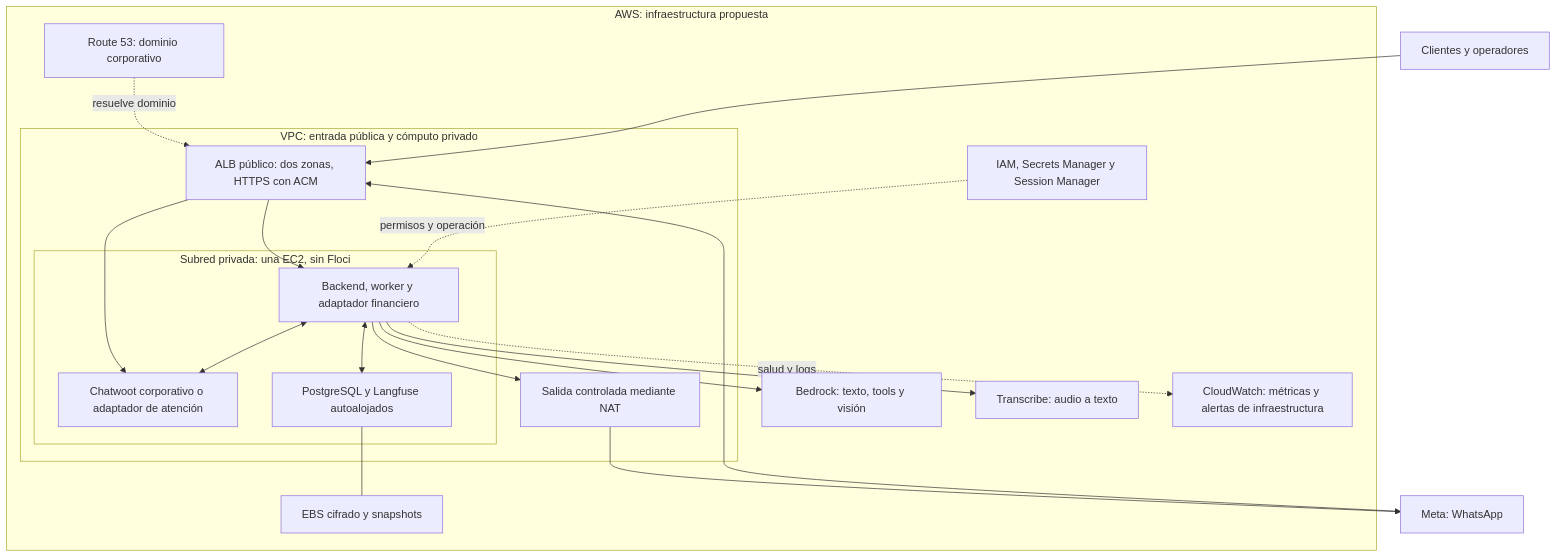
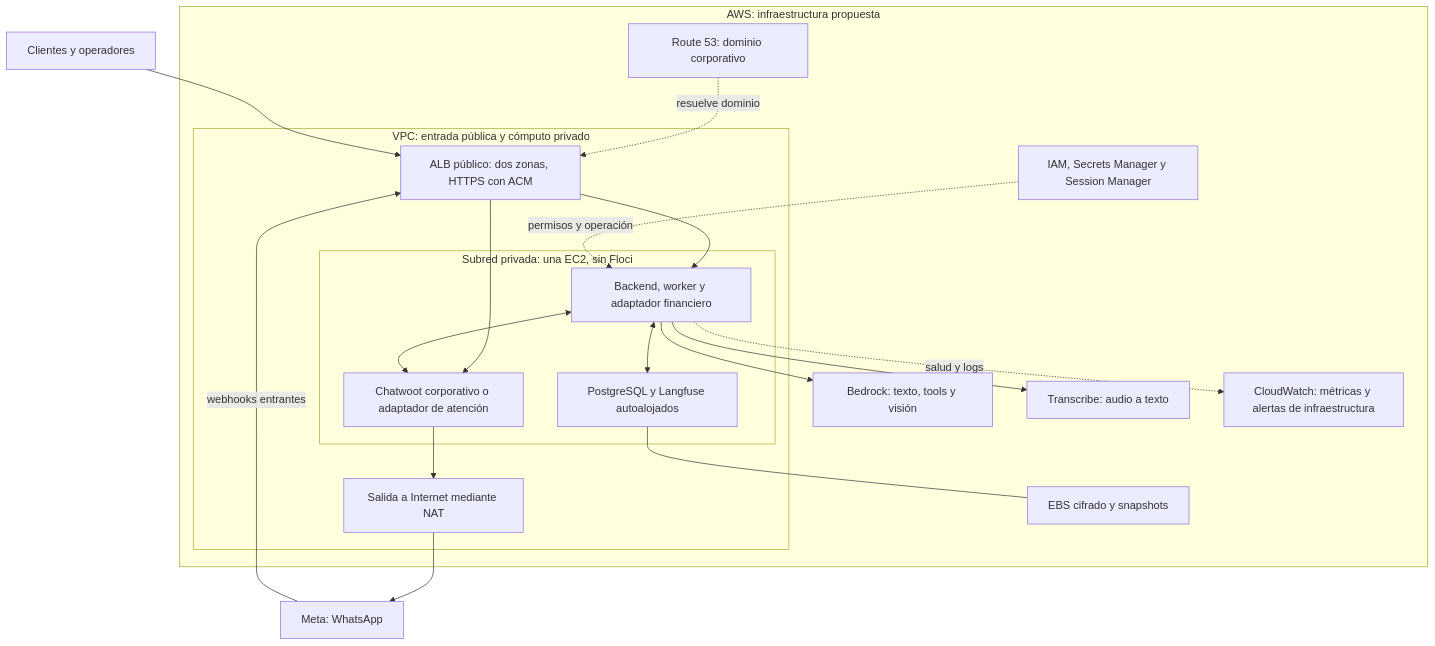
The eighth of 8 diagrams in docs/arquitectura.md (cristiandrangel/proyecto-agil), drawn with Mermaid before and after one commit. The commit also changed other lines of this file and 5 other files, not shown here.

Commit message:
docs: align portability evidence and consolidate architecture

````diff
--- a/docs/arquitectura.md
+++ b/docs/arquitectura.md
@@ -853,36 +861,36 @@
 ```mermaid
 flowchart TB
     USERS["Clientes y operadores"]
     META["Meta: WhatsApp"]
     subgraph AWS["AWS: infraestructura propuesta"]
         DNS["Route 53: dominio corporativo"]
         subgraph VPC["VPC: entrada pública y cómputo privado"]
             ALB["ALB público: dos zonas, HTTPS con ACM"]
             subgraph HOST["Subred privada: una EC2, sin Floci"]
                 PRODUCT["Backend, worker y adaptador financiero"]
                 HUMAN["Chatwoot corporativo o adaptador de atención"]
                 DATA["PostgreSQL y Langfuse autoalojados"]
             end
-            NAT["Salida controlada mediante NAT"]
+            NAT["Salida a Internet mediante NAT"]
         end
         EBS["EBS cifrado y snapshots"]
         INFER["Bedrock: texto, tools y visión"]
         AUDIO["Transcribe: audio a texto"]
         ADMIN["IAM, Secrets Manager y Session Manager"]
         MON["CloudWatch: métricas y alertas de infraestructura"]
         DNS -. "resuelve dominio" .-> ALB
         ALB --> PRODUCT
         ALB --> HUMAN
         PRODUCT <--> HUMAN
         PRODUCT <--> DATA
         DATA --- EBS
         PRODUCT --> INFER
         PRODUCT --> AUDIO
-        PRODUCT --> NAT
+        HUMAN --> NAT
         ADMIN -. "permisos y operación" .-> PRODUCT
         PRODUCT -. "salud y logs" .-> MON
     end
     USERS --> ALB
-    META <--> ALB
+    META -- "webhooks entrantes" --> ALB
     NAT --> META
 ```
````
